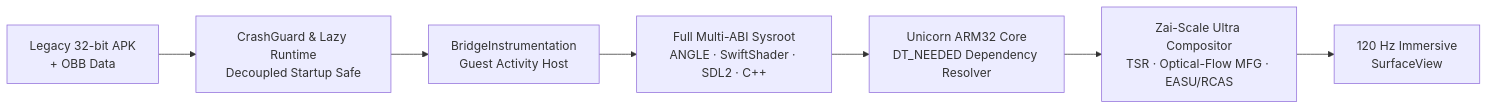
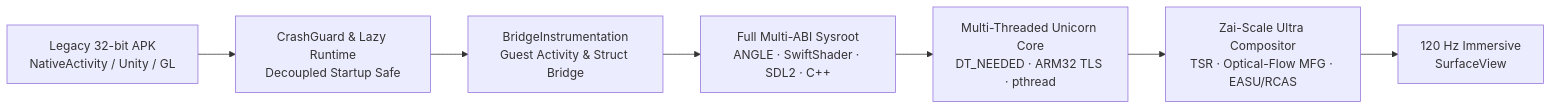
The diagram in README.md (mohdziauddin2006-cloud/zai-bridge), drawn with Mermaid before and after one commit. The commit also changed other lines of this file and 9 other files, not shown here.

Commit message:
feat: add ANativeActivity_onCreate struct bridge, Unity multi-lib dlopen, and multi-threaded Unicorn execution

````diff
--- a/README.md
+++ b/README.md
@@ -26,9 +26,9 @@
 ```mermaid
 flowchart LR
-    A["Legacy 32-bit APK<br/>+ OBB Data"] --> B["CrashGuard & Lazy Runtime<br/>Decoupled Startup Safe"]
-    B --> C["BridgeInstrumentation<br/>Guest Activity Host"]
+    A["Legacy 32-bit APK<br/>NativeActivity / Unity / GL"] --> B["CrashGuard & Lazy Runtime<br/>Decoupled Startup Safe"]
+    B --> C["BridgeInstrumentation<br/>Guest Activity & Struct Bridge"]
     C --> D["Full Multi-ABI Sysroot<br/>ANGLE · SwiftShader · SDL2 · C++"]
-    D --> E["Unicorn ARM32 Core<br/>DT_NEEDED Dependency Resolver"]
+    D --> E["Multi-Threaded Unicorn Core<br/>DT_NEEDED · ARM32 TLS · pthread"]
     E --> F["Zai-Scale Ultra Compositor<br/>TSR · Optical-Flow MFG · EASU/RCAS"]
     F --> G["120 Hz Immersive<br/>SurfaceView"]
 ```
````
